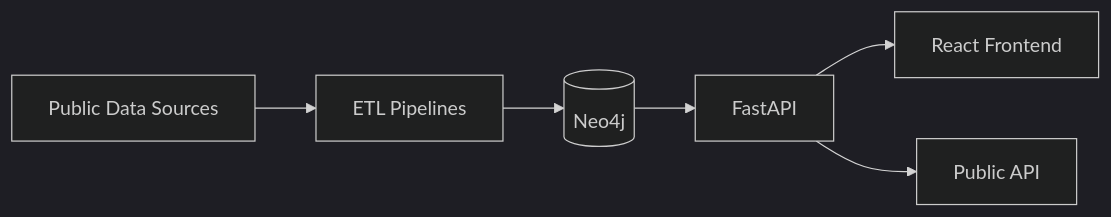
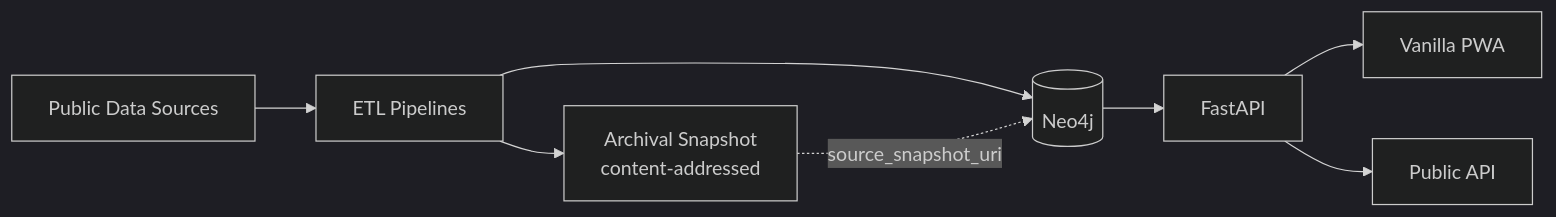
Before and after one commit to VengelKuraggidim/br-acc: the diagram in README.md, drawn with Mermaid (dark theme). The commit also changed other lines of this file and 3 other files, not shown here.

First line of the commit message:
docs(readme): atualiza stack pra FastAPI unico + PWA vanilla

````diff
--- a/README.md
+++ b/README.md
@@ -139,8 +143,10 @@
 ```mermaid
 graph LR
     A[Public Data Sources] --> B[ETL Pipelines]
+    B --> B2[Archival Snapshot<br/>content-addressed]
     B --> C[(Neo4j)]
+    B2 -.source_snapshot_uri.-> C
     C --> D[FastAPI]
-    D --> E[React Frontend]
+    D --> E[Vanilla PWA]
     D --> F[Public API]
 ```
````
